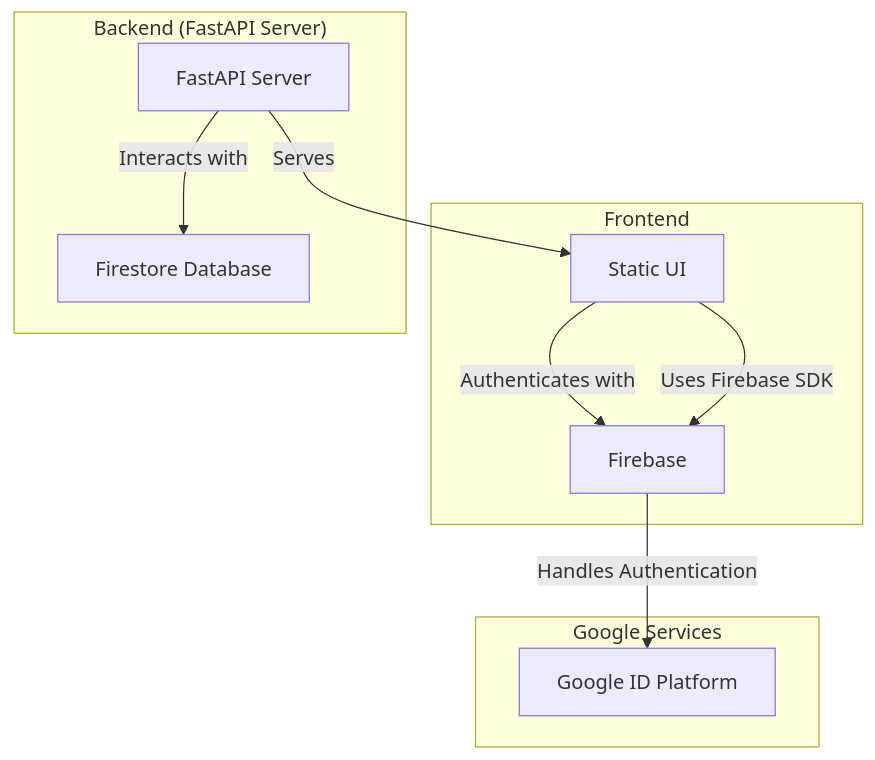
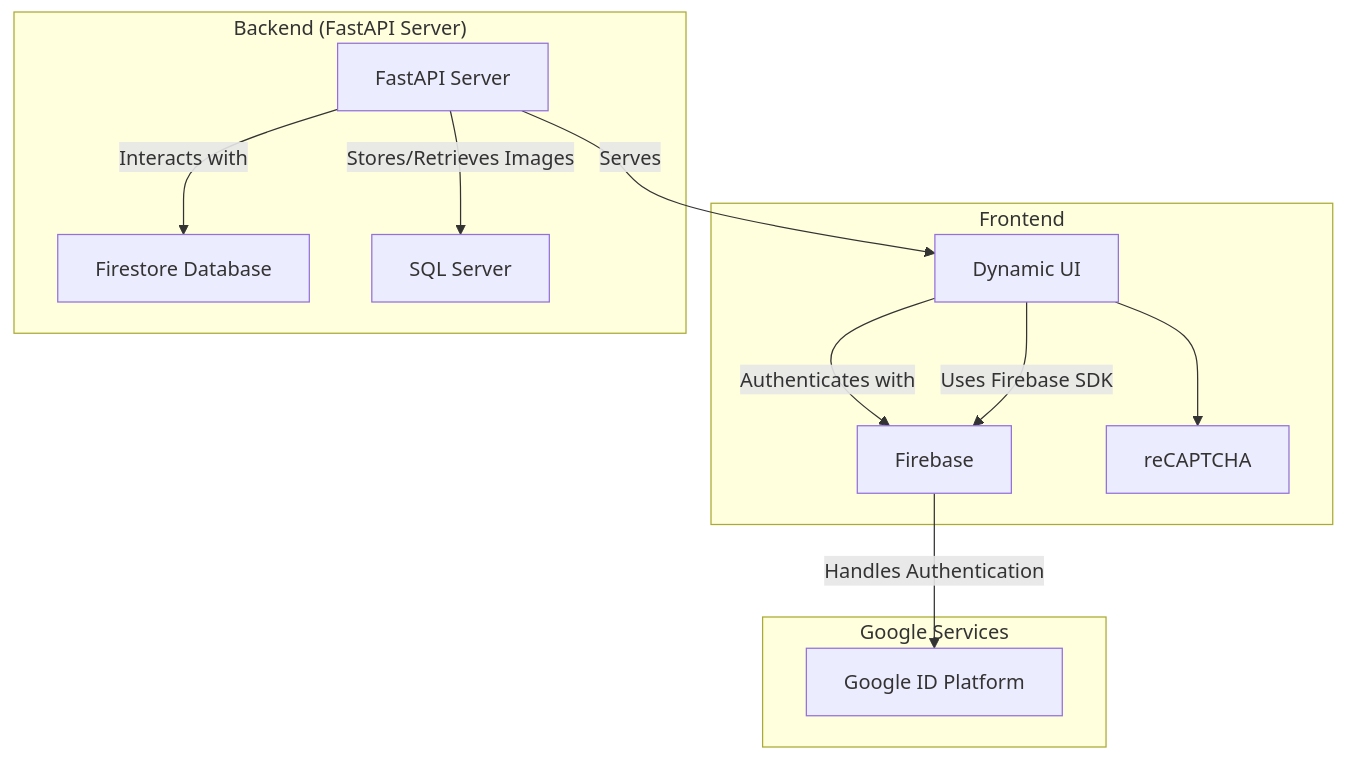
The diagram in README.md (chris-mohri/cs1660_final_proj), drawn with Mermaid before and after one commit. The commit also changed other lines of this file, not shown here.

Commit message:
Update README.md
Updated the Architecture Diagram

````diff
--- a/README.md
+++ b/README.md
@@ -33,18 +32,20 @@
 ```mermaid
 graph TD;
     subgraph "Frontend"
-        UI[Static UI] -->|Authenticates with| Firebase
+        UI[Dynamic UI] -->|Authenticates with| Firebase
+        UI --> Recaptcha["reCAPTCHA"]
     end
 
     subgraph "Backend (FastAPI Server)"
-        FastAPI[FastAPI Server] -->|Serves| UI
+        FastAPI["FastAPI Server"] -->|Serves| UI
         FastAPI -->|Interacts with| Firestore
+        FastAPI -->|Stores/Retrieves Images| SQLServer["SQL Server"]
     end
 
     subgraph "Google Services"
-        Firebase -->|Handles Authentication| GoogleID[Google ID Platform]
-        Firestore[Firestore Database]
+        Firebase -->|Handles Authentication| GoogleID["Google ID Platform"]
+        Firestore["Firestore Database"]
     end
 
     UI -->|Uses Firebase SDK| Firebase
 ```
````
